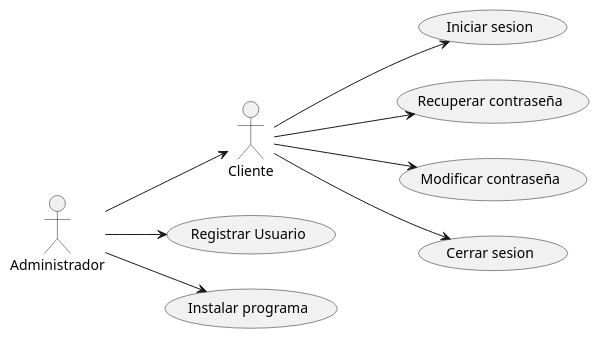
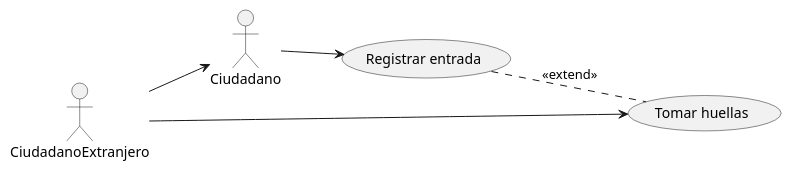
One commit to DanielMiralles12/ClasesDeUso changed the diagram in src/ClasesDeUso.puml. Above: the diagram before and after it, drawn with PlantUML.

Commit message:
Ejemplo frontera

```diff
--- a/src/ClasesDeUso.puml
+++ b/src/ClasesDeUso.puml
@@ -1,14 +1,12 @@
 @startuml
 left to right direction
-:Cliente:
-:Administrador:
+:Ciudadano:
+:CiudadanoExtranjero:
 
-Cliente --> (Iniciar sesion)
-Cliente --> (Recuperar contraseña)
-Cliente --> (Modificar contraseña)
-Cliente --> (Cerrar sesion)
+Ciudadano --> (Registrar entrada)
+CiudadanoExtranjero --> Ciudadano
+CiudadanoExtranjero --> (Tomar huellas)
+(Registrar entrada) .. (Tomar huellas) : <<extend>>
 
-Administrador --> Cliente
-Administrador --> (Registrar Usuario)
-Administrador --> (Instalar programa)
+
 @enduml
```
